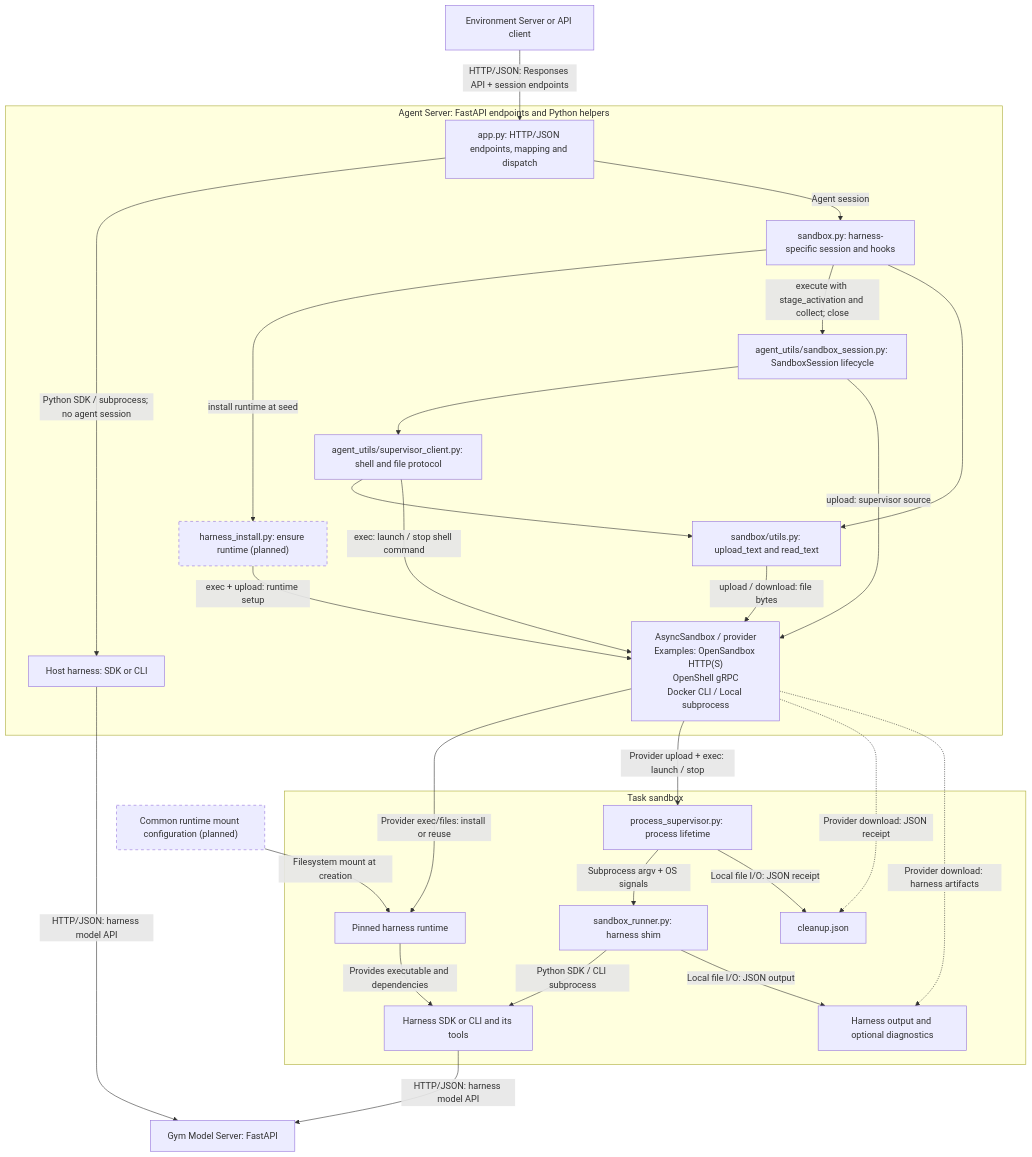
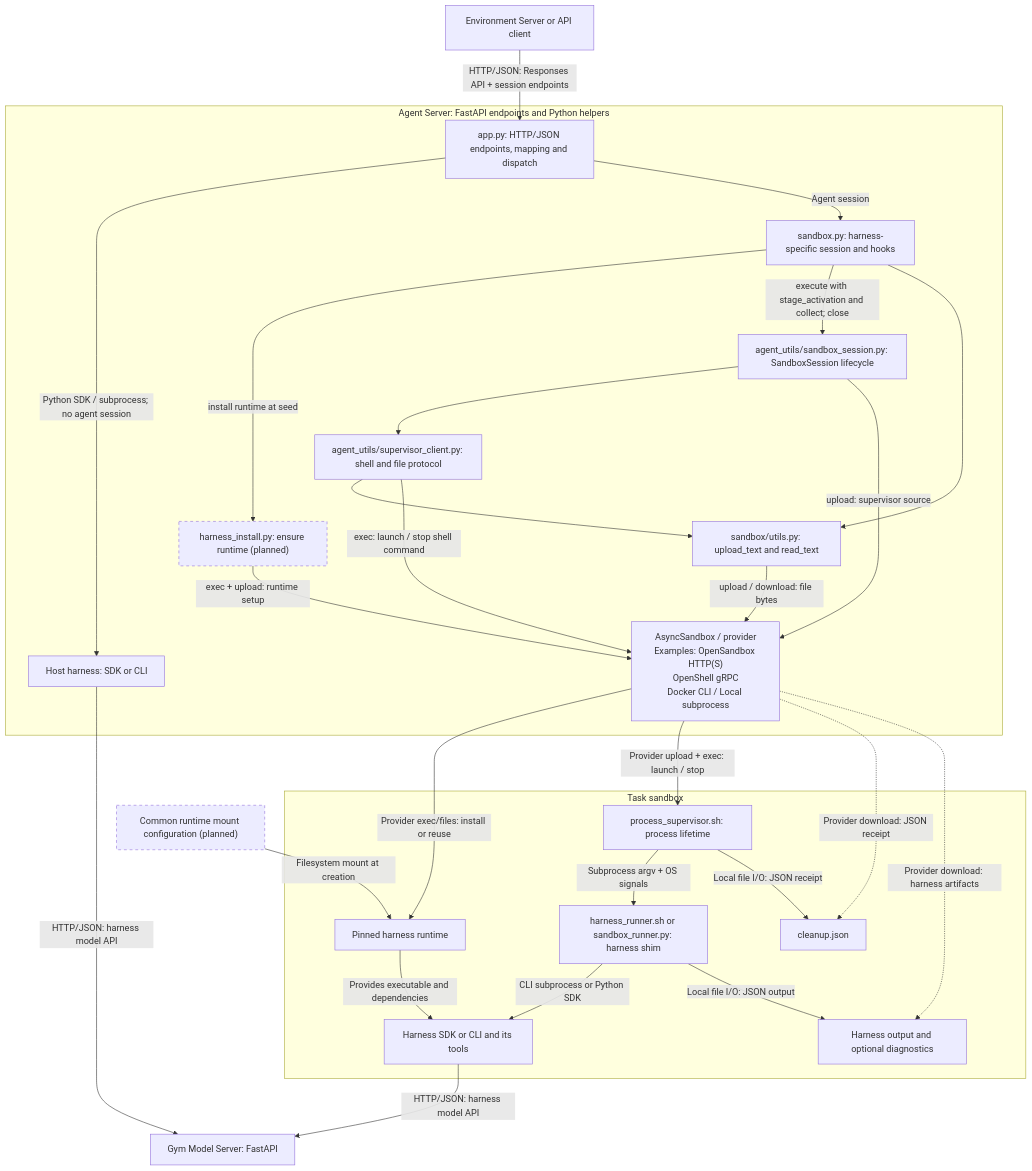
The second of 2 diagrams in fern/versions/latest/pages/agent-server/add-or-update-a-harness.mdx (NVIDIA-NeMo/Gym), drawn with Mermaid before and after one commit. The commit also changed other lines of this file and 7 other files, not shown here.

First line of the commit message:
docs(agent_utils): describe the bash supervisor and runner; update hermes tests

````diff
--- a/fern/versions/latest/pages/agent-server/add-or-update-a-harness.mdx
+++ b/fern/versions/latest/pages/agent-server/add-or-update-a-harness.mdx
@@ -344,54 +345,54 @@
 ```mermaid
 flowchart TB
     ENTRY["Environment Server or API client"]
 
     subgraph AS["Agent Server: FastAPI endpoints and Python helpers"]
         APP["app.py: HTTP/JSON endpoints, mapping and dispatch"]
         LOCAL["Host harness: SDK or CLI"]
         ADAPTER["sandbox.py: harness-specific session and hooks"]
         SESSION["agent_utils/sandbox_session.py: SandboxSession lifecycle"]
         INSTALL["harness_install.py: ensure runtime (planned)"]
         CLIENT["agent_utils/supervisor_client.py: shell and file protocol"]
         FILES["sandbox/utils.py: upload_text and read_text"]
         PROVIDER["AsyncSandbox / provider<br/>Examples: OpenSandbox HTTP(S)<br/>OpenShell gRPC<br/>Docker CLI / Local subprocess"]
         APP -->|"Python SDK / subprocess; no agent session"| LOCAL
         APP -->|"Agent session"| ADAPTER
         ADAPTER -->|"install runtime at seed"| INSTALL
         ADAPTER -->|"execute with stage_activation and collect; close"| SESSION
         SESSION --> CLIENT
         ADAPTER --> FILES
         CLIENT --> FILES
         INSTALL -->|"exec + upload: runtime setup"| PROVIDER
         SESSION -->|"upload: supervisor source"| PROVIDER
         CLIENT -->|"exec: launch / stop shell command"| PROVIDER
         FILES -->|"upload / download: file bytes"| PROVIDER
     end
 
     ENTRY -->|"HTTP/JSON: Responses API + session endpoints"| APP
     MOUNTS["Common runtime mount configuration (planned)"]
 
     subgraph SB["Task sandbox"]
         RUNTIME["Pinned harness runtime"]
-        SUPERVISOR["process_supervisor.py: process lifetime"]
-        SHIM["sandbox_runner.py: harness shim"]
+        SUPERVISOR["process_supervisor.sh: process lifetime"]
+        SHIM["harness_runner.sh or sandbox_runner.py: harness shim"]
         HARNESS["Harness SDK or CLI and its tools"]
         CLEANUP["cleanup.json"]
         OUTPUT["Harness output and optional diagnostics"]
         SUPERVISOR -->|"Subprocess argv + OS signals"| SHIM
-        SHIM -->|"Python SDK / CLI subprocess"| HARNESS
+        SHIM -->|"CLI subprocess or Python SDK"| HARNESS
         RUNTIME -->|"Provides executable and dependencies"| HARNESS
         SUPERVISOR -->|"Local file I/O: JSON receipt"| CLEANUP
         SHIM -->|"Local file I/O: JSON output"| OUTPUT
     end
 
     PROVIDER -->|"Provider exec/files: install or reuse"| RUNTIME
     MOUNTS -->|"Filesystem mount at creation"| RUNTIME
     PROVIDER -->|"Provider upload + exec: launch / stop"| SUPERVISOR
     PROVIDER -.->|"Provider download: JSON receipt"| CLEANUP
     PROVIDER -.->|"Provider download: harness artifacts"| OUTPUT
     HARNESS -->|"HTTP/JSON: harness model API"| MODEL["Gym Model Server: FastAPI"]
     LOCAL -->|"HTTP/JSON: harness model API"| MODEL
 
     classDef planned stroke-dasharray: 5 5;
     class INSTALL,MOUNTS planned;
 ```
````
